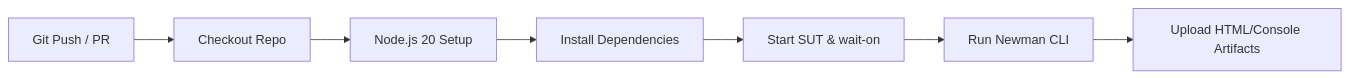
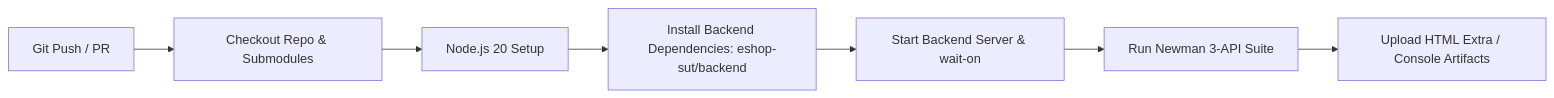
The diagram in docs/CICD-01-pipeline-notes.md (NTT1906/ST_HW06), drawn with Mermaid before and after one commit. The commit also changed other lines of this file and 2 other files, not shown here.

Commit message:
docs(submission): update README and reports with live GitHub Issues and CI/CD links

````diff
--- a/docs/CICD-01-pipeline-notes.md
+++ b/docs/CICD-01-pipeline-notes.md
@@ -18,9 +27,9 @@
 ```mermaid
 flowchart LR
-    A[Git Push / PR] --> B[Checkout Repo]
+    A[Git Push / PR] --> B[Checkout Repo & Submodules]
     B --> C[Node.js 20 Setup]
-    C --> D[Install Dependencies]
-    D --> E[Start SUT & wait-on]
-    E --> F[Run Newman CLI]
-    F --> G[Upload HTML/Console Artifacts]
+    C --> D[Install Backend Dependencies: eshop-sut/backend]
+    D --> E[Start Backend Server & wait-on]
+    E --> F[Run Newman 3-API Suite]
+    F --> G[Upload HTML Extra / Console Artifacts]
 ```
````
